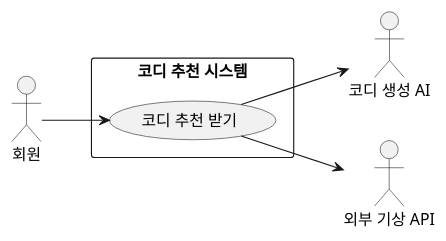
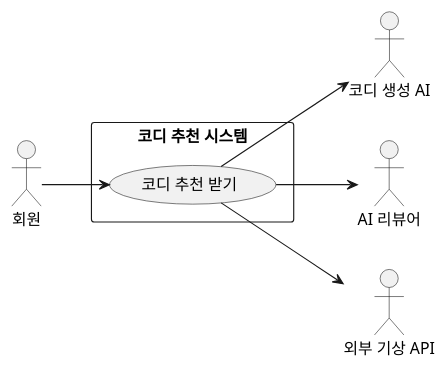
Before and after one commit to wzrabbit/closet-fairy-diagrams: the diagram in src/content/docs/use-cases/6/6-1.md, drawn with PlantUML. The commit also changed 2 other files, not shown here.

Commit message:
docs: 코디 관련 다이어그램에 AI 리뷰어 액터 추가하고 기상 API 명칭 통일

````diff
--- a/src/content/docs/use-cases/6/6-1.md
+++ b/src/content/docs/use-cases/6/6-1.md
@@ -92,19 +92,21 @@
 ```plantuml
 @startuml
 left to right direction
 skinparam packageStyle rectangle
 skinparam shadowing false
 
 actor "회원" as Member
 actor "코디 생성 AI" as AI
+actor "AI 리뷰어" as Reviewer
 actor "외부 기상 API" as Weather
 
 rectangle "코디 추천 시스템" {
   usecase "코디 추천 받기" as Recommend
 }
 
 Member --> Recommend
 Recommend --> Weather
 Recommend --> AI
+Recommend --> Reviewer
 @enduml
 ```
````
